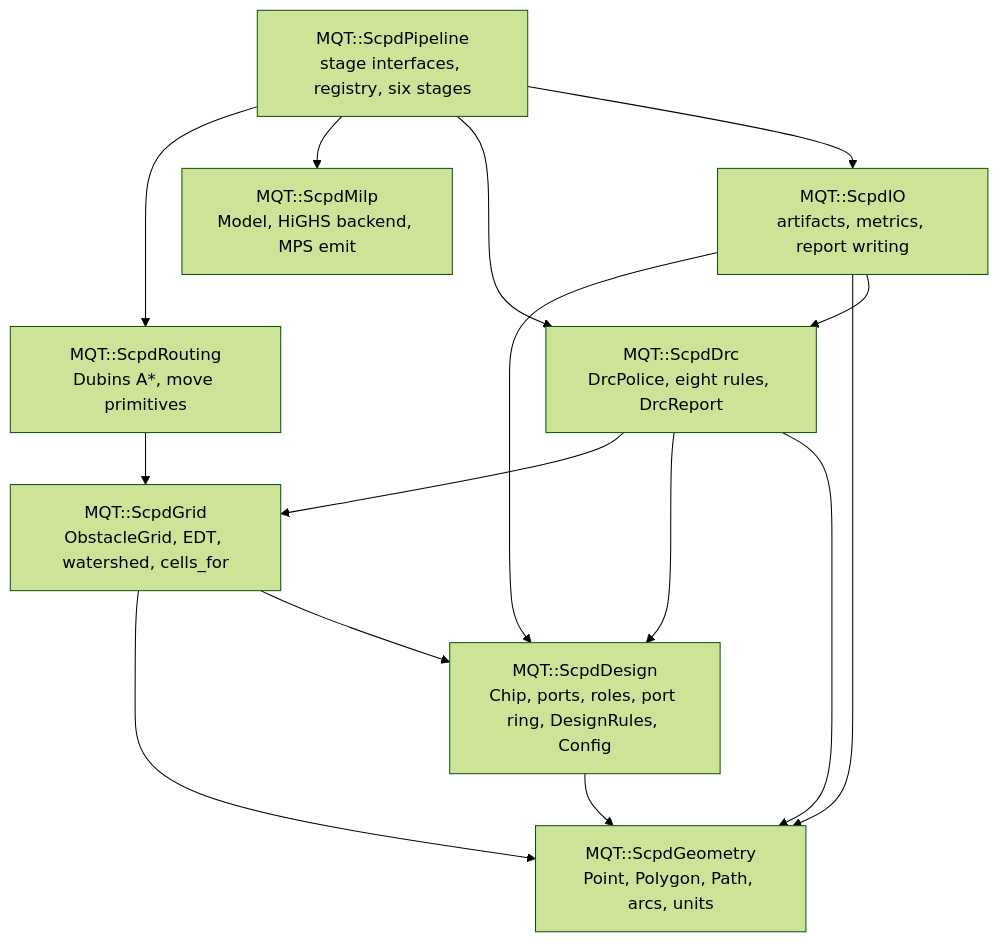
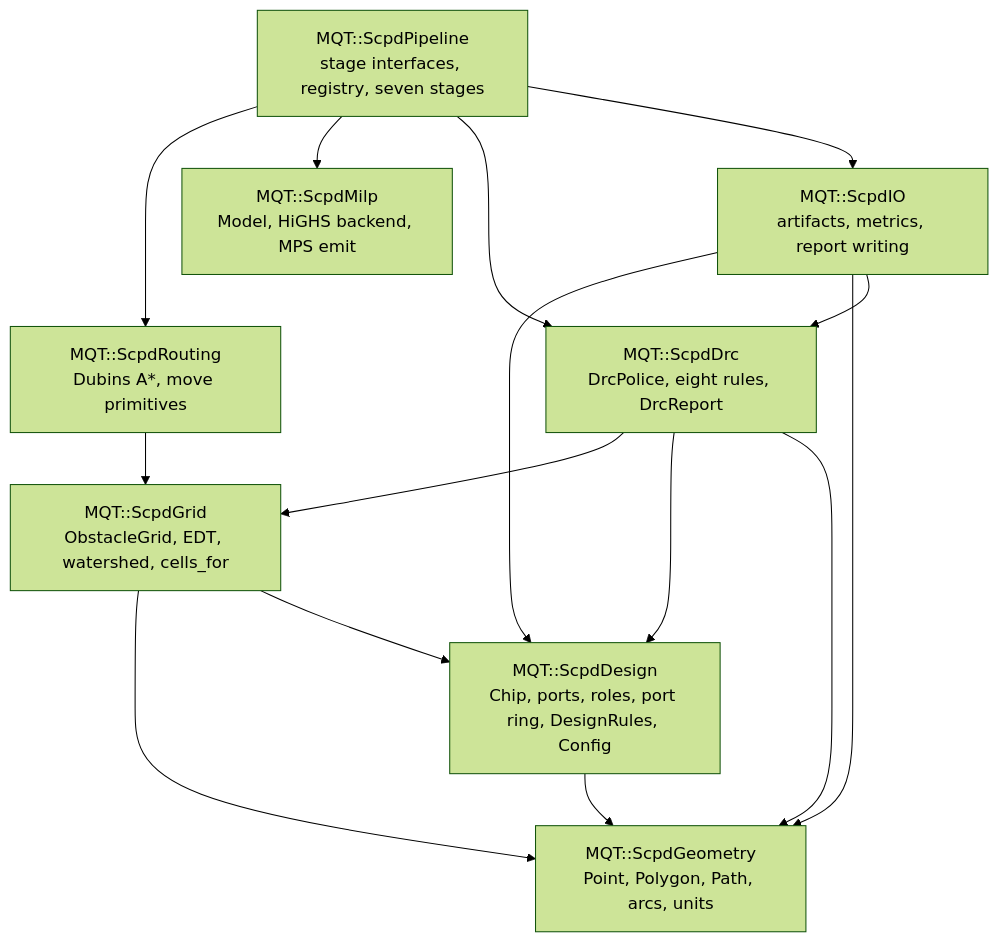
The third of 5 diagrams in ARCHITECTURE.md (munich-quantum-toolkit/scpd), drawn with Mermaid (forest theme) before and after one commit. The commit also changed other lines of this file and 52 other files, not shown here.

````diff
--- a/ARCHITECTURE.md
+++ b/ARCHITECTURE.md
@@ -122,26 +124,26 @@
 ```mermaid
 graph TD
   geometry[MQT::ScpdGeometry<br/>Point, Polygon, Path, arcs, units]
   design[MQT::ScpdDesign<br/>Chip, ports, roles, port ring, DesignRules, Config]
   grid[MQT::ScpdGrid<br/>ObstacleGrid, EDT, watershed, cells_for]
   routing[MQT::ScpdRouting<br/>Dubins A*, move primitives]
   milp[MQT::ScpdMilp<br/>Model, HiGHS backend, MPS emit]
   drc[MQT::ScpdDrc<br/>DrcPolice, eight rules, DrcReport]
-  pipeline[MQT::ScpdPipeline<br/>stage interfaces, registry, six stages]
+  pipeline[MQT::ScpdPipeline<br/>stage interfaces, registry, seven stages]
   io[MQT::ScpdIO<br/>artifacts, metrics, report writing]
 
   design --> geometry
   grid --> geometry
   grid --> design
   routing --> grid
   drc --> grid
   drc --> design
   drc --> geometry
   io --> design
   io --> geometry
   io --> drc
   pipeline --> routing
   pipeline --> milp
   pipeline --> drc
   pipeline --> io
 ```
````
